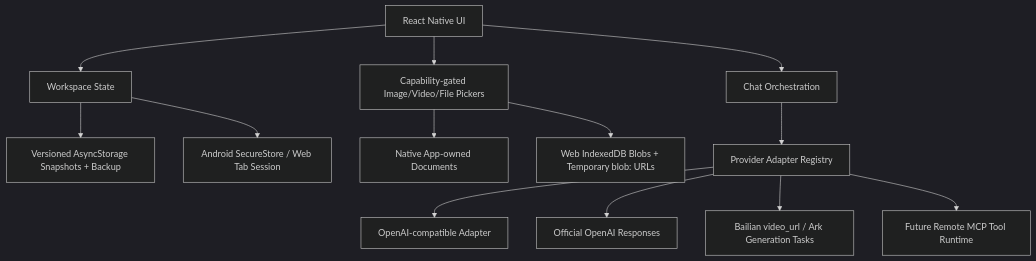
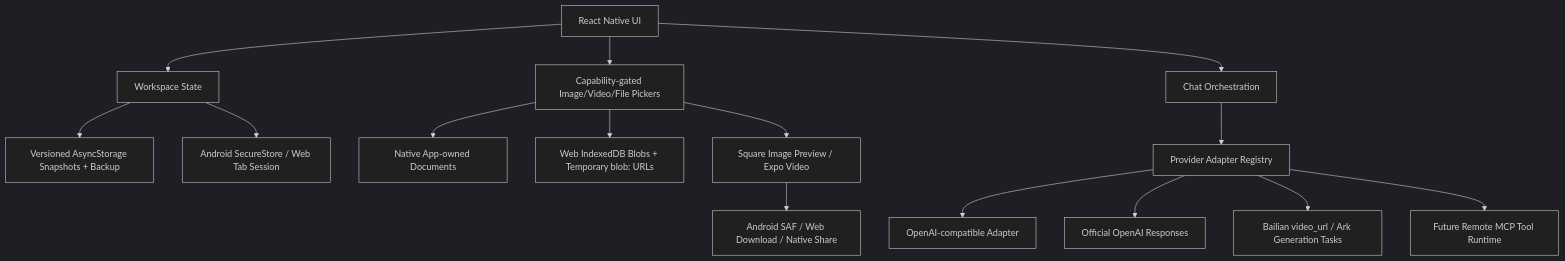
The diagram in docs/product-architecture.md (szdtzpj/Embezzle-Studio), drawn with Mermaid (dark theme) before and after one commit. The commit also changed other lines of this file and 16 other files, not shown here.

Commit message:
Fix Android media previews and keyboard handling

````diff
--- a/docs/product-architecture.md
+++ b/docs/product-architecture.md
@@ -43,15 +46,17 @@
 ```mermaid
 flowchart TD
     UI["React Native UI"] --> Workspace["Workspace State"]
     Workspace --> Snapshots["Versioned AsyncStorage Snapshots + Backup"]
     Workspace --> Secrets["Android SecureStore / Web Tab Session"]
     UI --> Media["Capability-gated Image/Video/File Pickers"]
     Media --> NativeMedia["Native App-owned Documents"]
     Media --> WebMedia["Web IndexedDB Blobs + Temporary blob: URLs"]
+    Media --> Preview["Square Image Preview / Expo Video"]
+    Preview --> Export["Android SAF / Web Download / Native Share"]
     UI --> ChatEngine["Chat Orchestration"]
     ChatEngine --> ProviderAdapter["Provider Adapter Registry"]
     ProviderAdapter --> OpenAI["OpenAI-compatible Adapter"]
     ProviderAdapter --> OpenAIResponses["Official OpenAI Responses"]
     ProviderAdapter --> ProviderMedia["Bailian video_url / Ark Generation Tasks"]
     ProviderAdapter --> MCP["Future Remote MCP Tool Runtime"]
 ```
````
